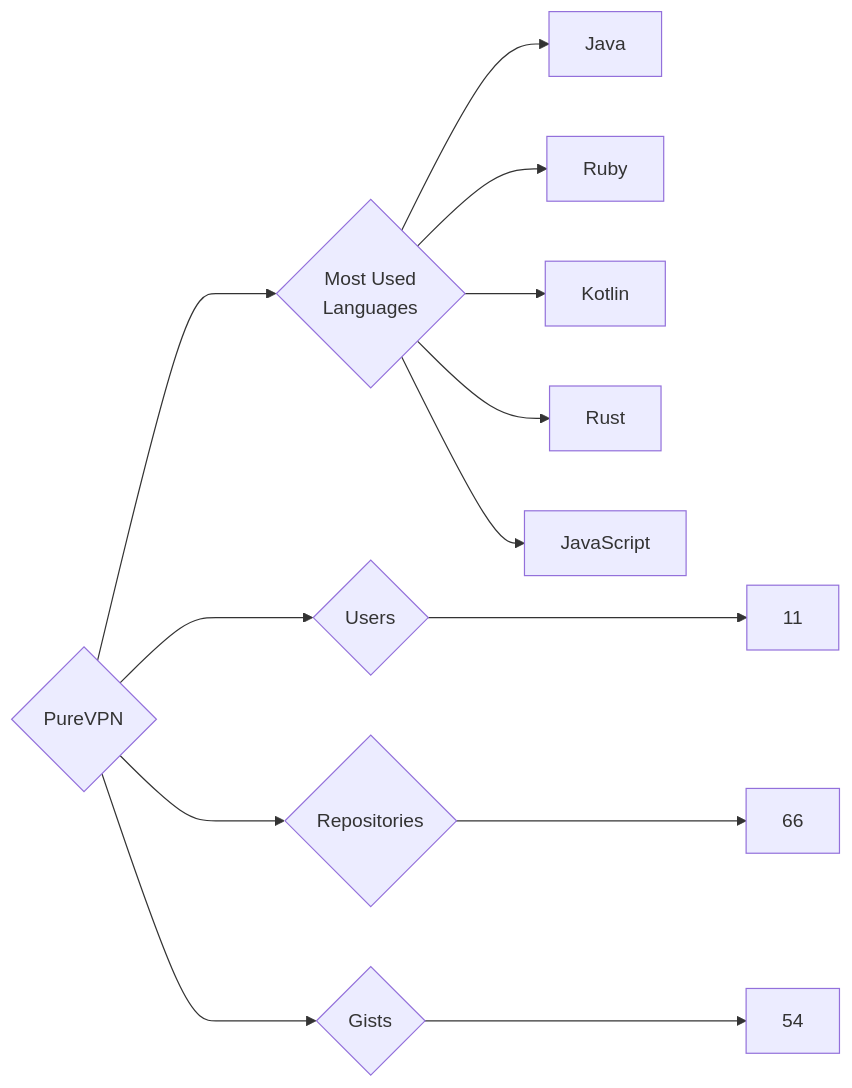
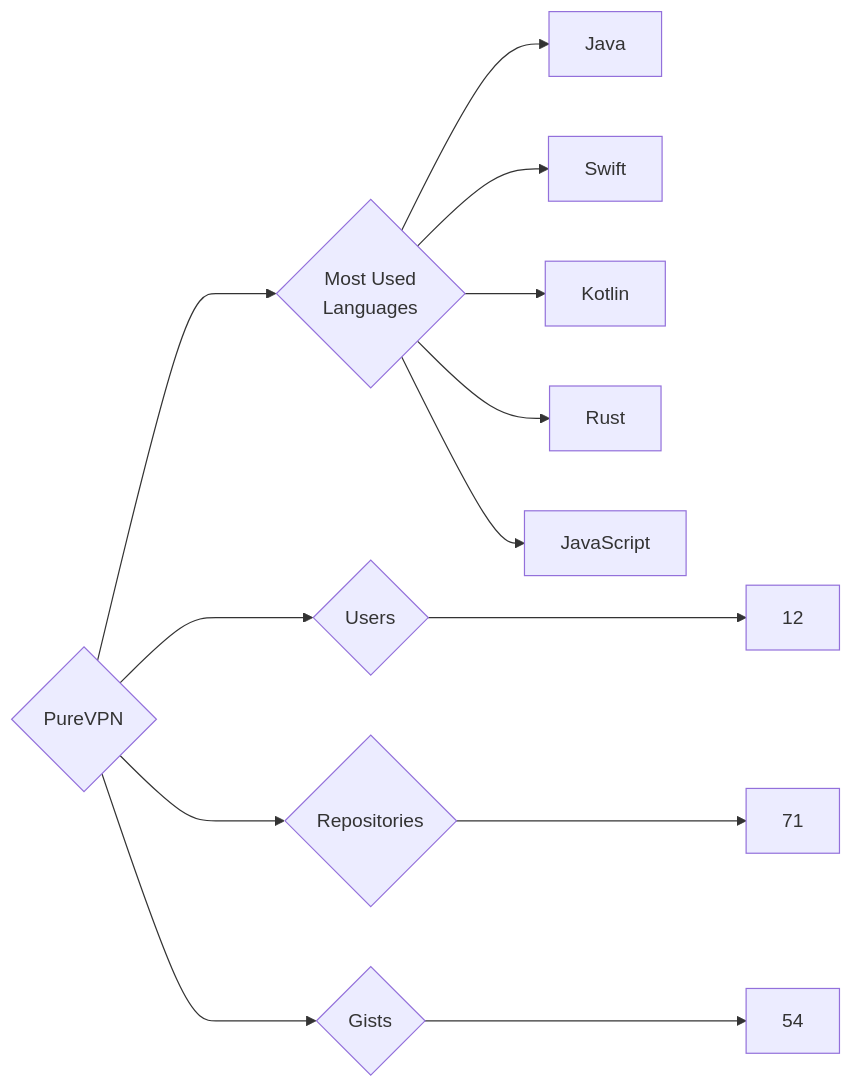
The diagram in targets/PureVPN/README.md (trickest/insiders), drawn with Mermaid before and after one commit. The commit also changed 1496 other files, not shown here.

````diff
--- a/targets/PureVPN/README.md
+++ b/targets/PureVPN/README.md
@@ -3,13 +3,13 @@
 ```mermaid
 graph LR
 COMPANY_NAME{PureVPN}
-COMPANY_NAME ---> U{Users} ---> UN[11]
-COMPANY_NAME ---> R{Repositories} ---> RN[66]
+COMPANY_NAME ---> U{Users} ---> UN[12]
+COMPANY_NAME ---> R{Repositories} ---> RN[71]
 COMPANY_NAME ---> G{Gists} ---> GN[54]
 COMPANY_NAME ---> ML{Most Used<br>Languages}
 ML --> Java[Java]
-ML --> Ruby[Ruby]
+ML --> Swift[Swift]
 ML --> Kotlin[Kotlin]
 ML --> Rust[Rust]
 ML --> JavaScript[JavaScript]
 ```
````
